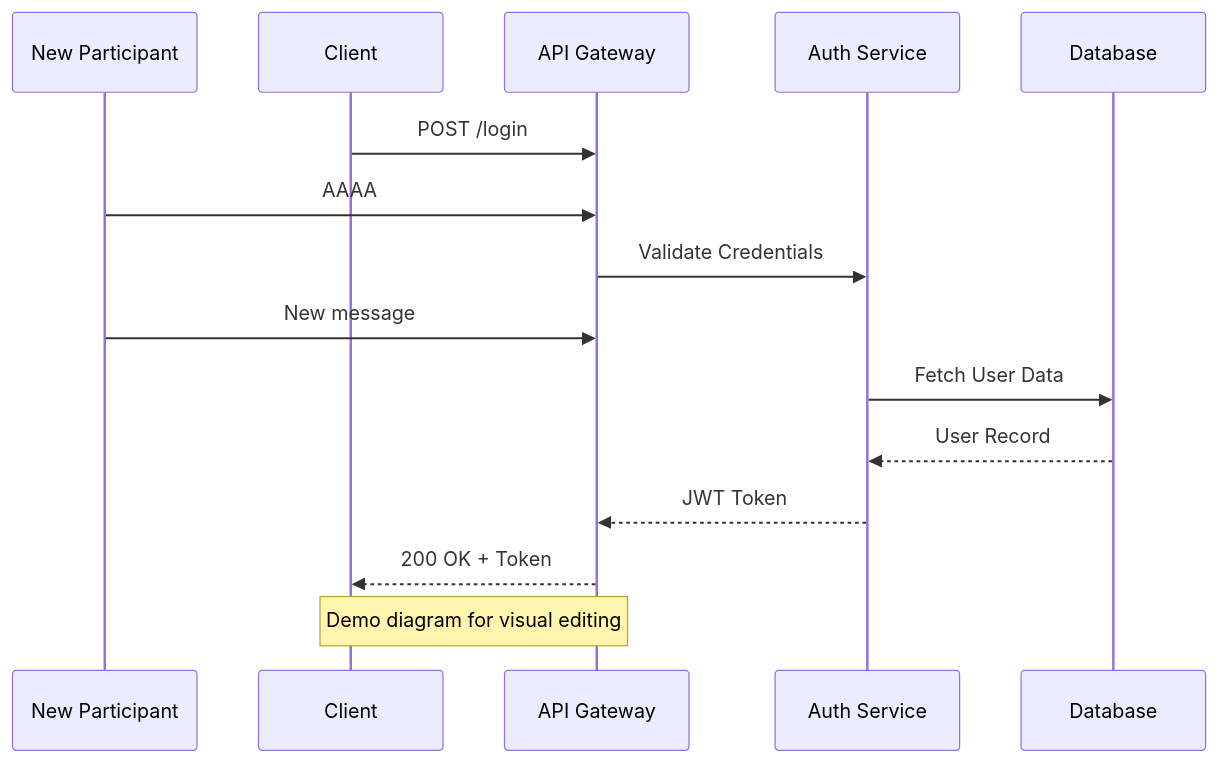
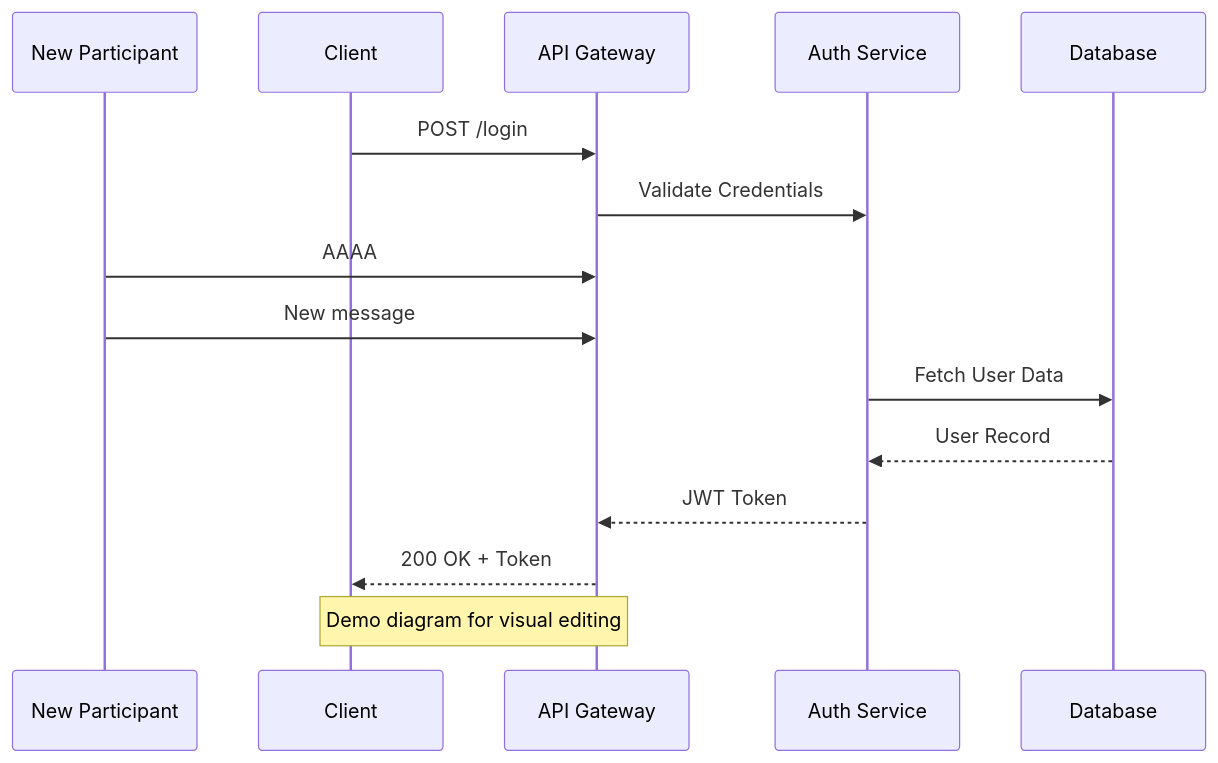
Before and after one commit to stanimirovv/foliant: the diagram in diagrams/editing-demo.mmd, drawn with Mermaid. The commit also changed 8 other files, not shown here.

```diff
--- a/diagrams/editing-demo.mmd
+++ b/diagrams/editing-demo.mmd
@@ -1,18 +1,18 @@
-%% CONFIG: {"version":1,"notes":[{"id":"note_1791746502651_4pzj6","x":-122,"y":-109,"text":"asdasd\nasdasd\nasdas","color":"blue"}],"arrows":[{"from":"New1","to":"API","label":"AAAA","color":"#10b981","animation":"flow"},{"from":"API","to":"Auth","label":"Validate Credentials","color":"#dc2626","animation":"broken-sender"}]}
+%% CONFIG: {"version":1,"notes":[{"id":"note_1791746502651_4pzj6","x":-122,"y":-109,"text":"asdasd\nasdasd\nasdas","color":"blue"}],"arrows":[{"from":"New1","to":"API","label":"AAAA","color":"#00ff9d","animation":"flow"},{"from":"API","to":"Auth","label":"Validate Credentials","color":"#ff1744","animation":"broken-sender"}]}
 sequenceDiagram
     participant New1 as New Participant
     participant C as Client
     participant API as API Gateway
     participant Auth as Auth Service
     participant DB as Database
 
     C->>API: POST /login
+    API->>Auth: Validate Credentials
     New1->>API: AAAA
-    API->>Auth: Validate Credentials
     New1->>API: New message
     Auth->>DB: Fetch User Data
     DB-->>Auth: User Record
     Auth-->>API: JWT Token
     API-->>C: 200 OK + Token
 
     Note over C,API: Demo diagram for visual editing
```
